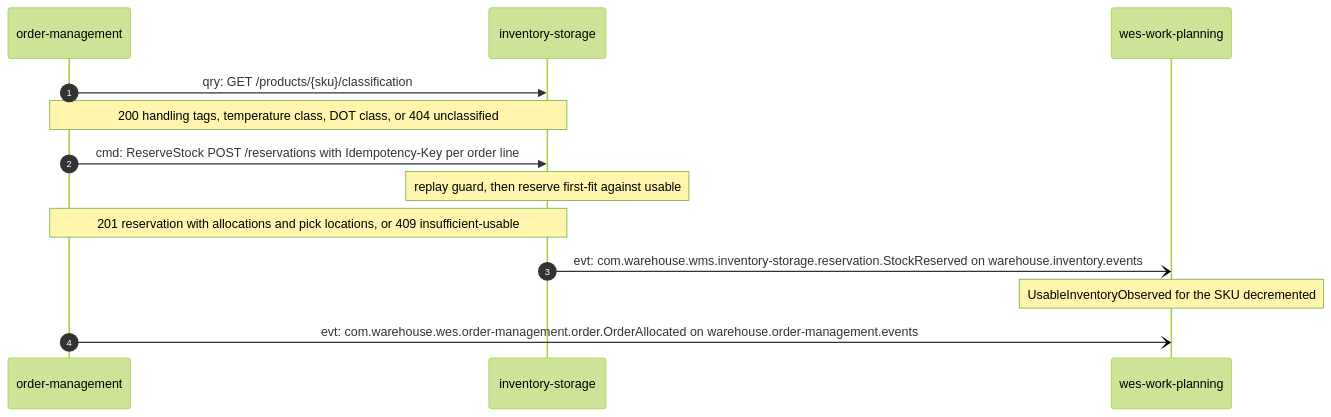
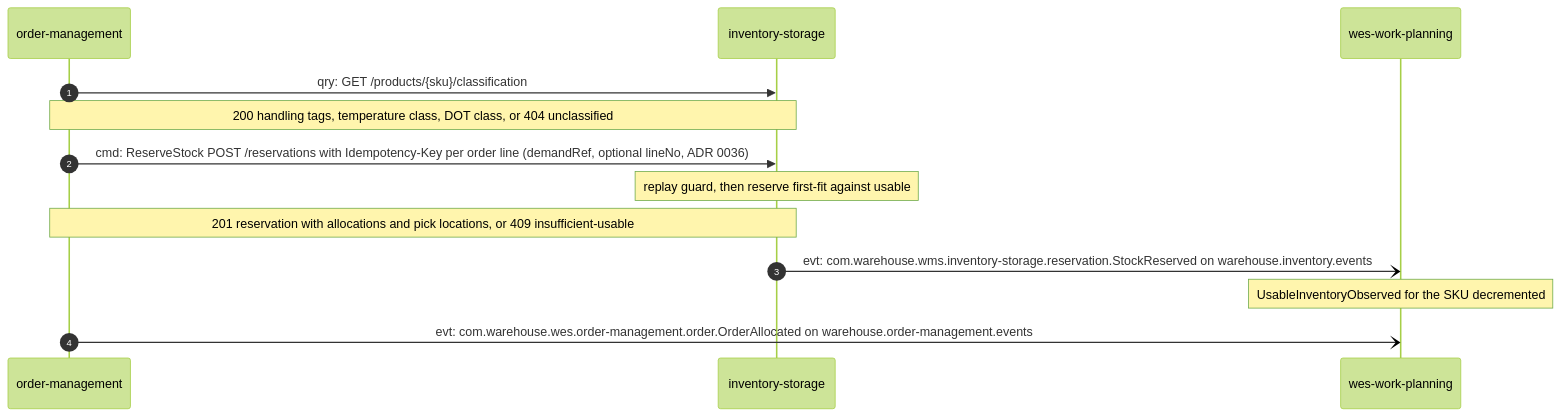
Before and after one commit to IQVO/inventory-storage: the first of 5 diagrams in docs/docs/ddd/domain-message-flow.md, drawn with Mermaid (forest theme). The commit also changed other lines of this file and 44 other files, not shown here.

First line of the commit message:
feat: reservations store line_no; confirm picks per line (decision 18) (#158)

````diff
--- a/docs/docs/ddd/domain-message-flow.md
+++ b/docs/docs/ddd/domain-message-flow.md
@@ -24,15 +24,15 @@
 ```mermaid
 sequenceDiagram
     autonumber
     participant OM as order-management
     participant INV as inventory-storage
     participant WP as wes-work-planning
     OM->>INV: qry: GET /products/{sku}/classification
     Note over OM,INV: 200 handling tags, temperature class, DOT class, or 404 unclassified
-    OM->>INV: cmd: ReserveStock POST /reservations with Idempotency-Key per order line
+    OM->>INV: cmd: ReserveStock POST /reservations with Idempotency-Key per order line (demandRef, optional lineNo, ADR 0036)
     Note over INV: replay guard, then reserve first-fit against usable
     Note over OM,INV: 201 reservation with allocations and pick locations, or 409 insufficient-usable
     INV-)WP: evt: com.warehouse.wms.inventory-storage.reservation.StockReserved on warehouse.inventory.events
     Note over WP: UsableInventoryObserved for the SKU decremented
     OM-)WP: evt: com.warehouse.wes.order-management.order.OrderAllocated on warehouse.order-management.events
 ```
````
